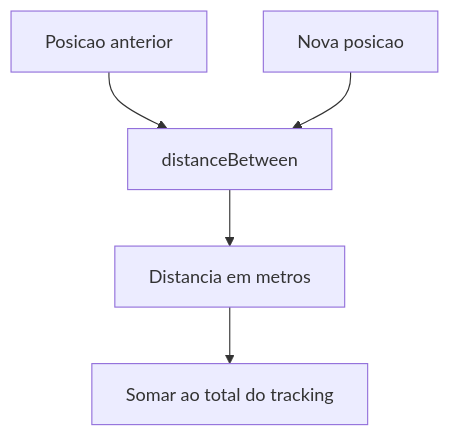
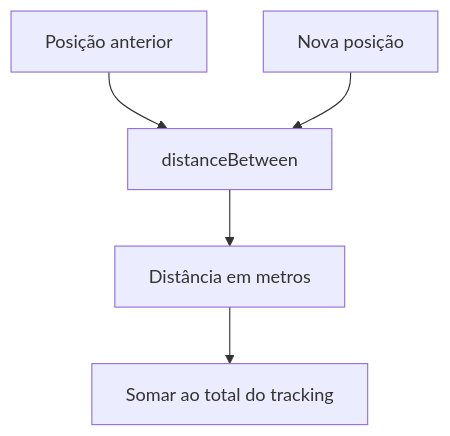
One commit to prof-gustavo-villalta/self changed diagram 11 of 13 in courses/2026-1-DS-Prog-Aplicativos-Mobile-II-Novotec-Noturno/aulas/aula-12.md. Above: the diagram before and after it, drawn with Mermaid. The commit also changed other lines of this file and 6 other files, not shown here.

````diff
--- a/courses/2026-1-DS-Prog-Aplicativos-Mobile-II-Novotec-Noturno/aulas/aula-12.md
+++ b/courses/2026-1-DS-Prog-Aplicativos-Mobile-II-Novotec-Noturno/aulas/aula-12.md
@@ -876,7 +876,7 @@
 ```mermaid
 flowchart TD
-    A[Posicao anterior] --> C[distanceBetween]
-    B[Nova posicao] --> C
-    C --> D[Distancia em metros]
+    A[Posição anterior] --> C[distanceBetween]
+    B[Nova posição] --> C
+    C --> D[Distância em metros]
     D --> E[Somar ao total do tracking]
 ```
````
